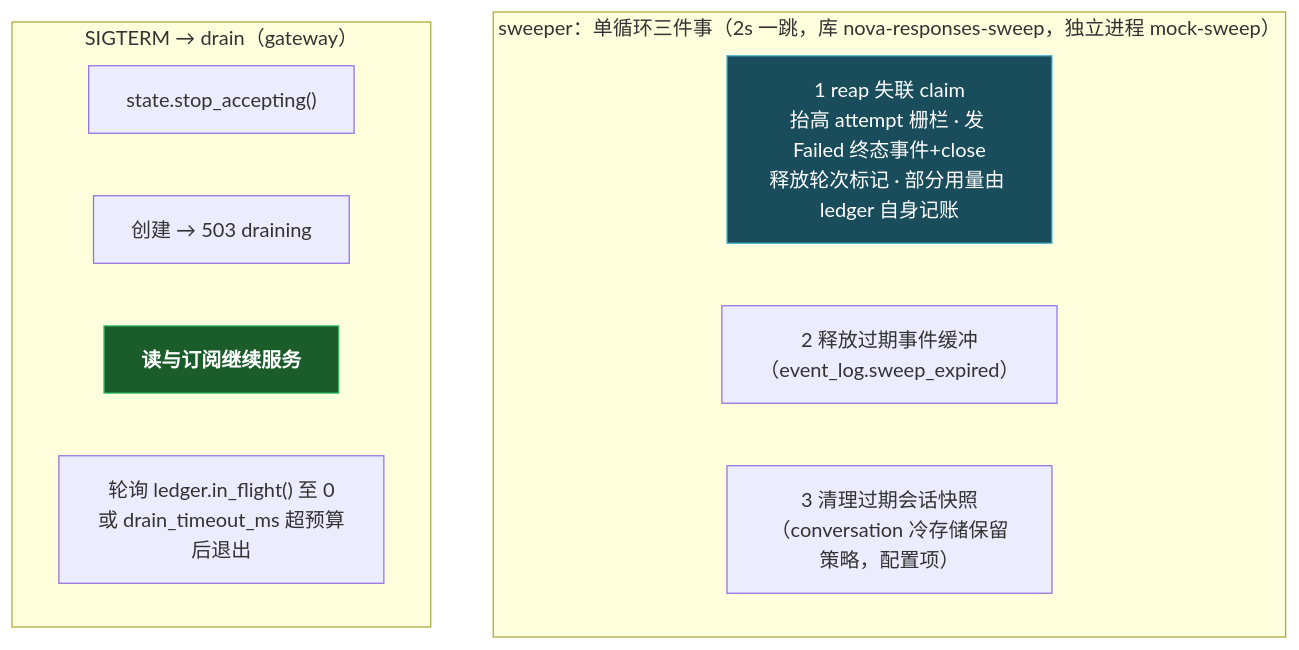
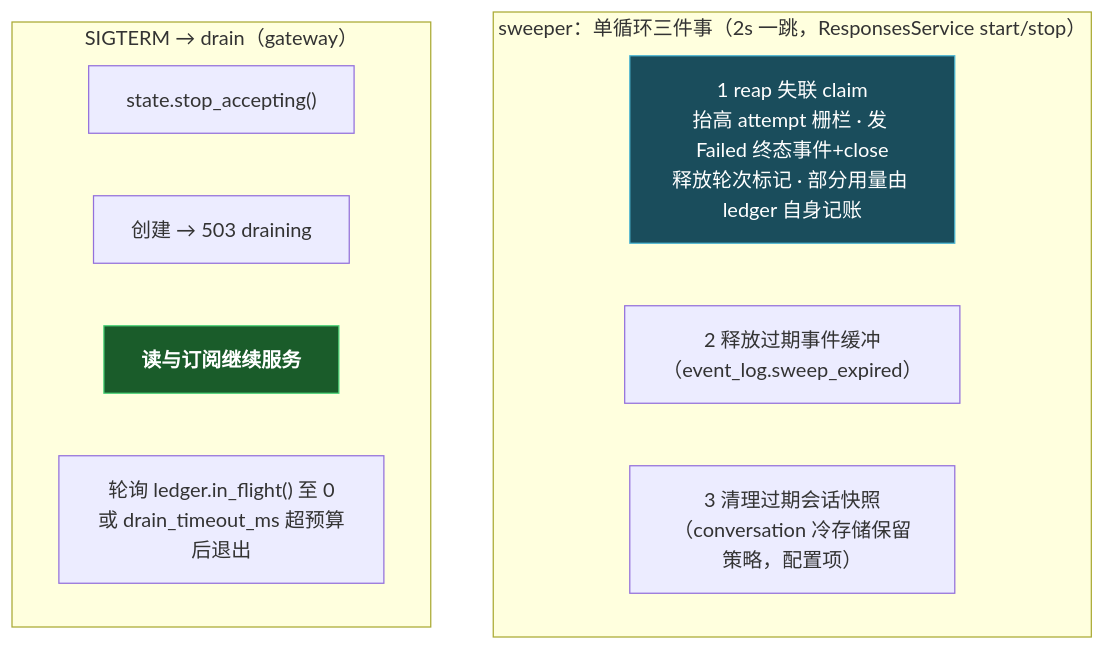
One commit to charleslyh/nova-chat changed the eighth of 8 diagrams in docs/design/00-architecture-review.md. Above: the diagram before and after it, drawn with Mermaid. The commit also changed other lines of this file and 122 other files, not shown here.

````diff
--- a/docs/design/00-architecture-review.md
+++ b/docs/design/00-architecture-review.md
@@ -608,18 +607,18 @@
 ```mermaid
 graph TB
-    subgraph SW["sweeper：单循环三件事（2s 一跳，库 nova-responses-sweep，独立进程 mock-sweep）"]
+    subgraph SW["sweeper：单循环三件事（2s 一跳，ResponsesService start/stop）"]
         T1["1 reap 失联 claim<br/>抬高 attempt 栅栏 · 发 Failed 终态事件+close<br/>释放轮次标记 · 部分用量由 ledger 自身记账"]
         T2["2 释放过期事件缓冲（event_log.sweep_expired）"]
         T3["3 清理过期会话快照（conversation 冷存储保留策略，配置项）"]
     end
 
     subgraph DR["SIGTERM → drain（gateway）"]
         D1["state.stop_accepting()"]
         D2["创建 → 503 draining"]
         D3["<b>读与订阅继续服务</b>"]
         D4["轮询 ledger.in_flight() 至 0<br/>或 drain_timeout_ms 超预算后退出"]
     end
 
     style T1 fill:#1a4d5c,stroke:#4db8d4,color:#fff
     style D3 fill:#1a5c2a,stroke:#4dd47a,color:#fff
 ```
````
